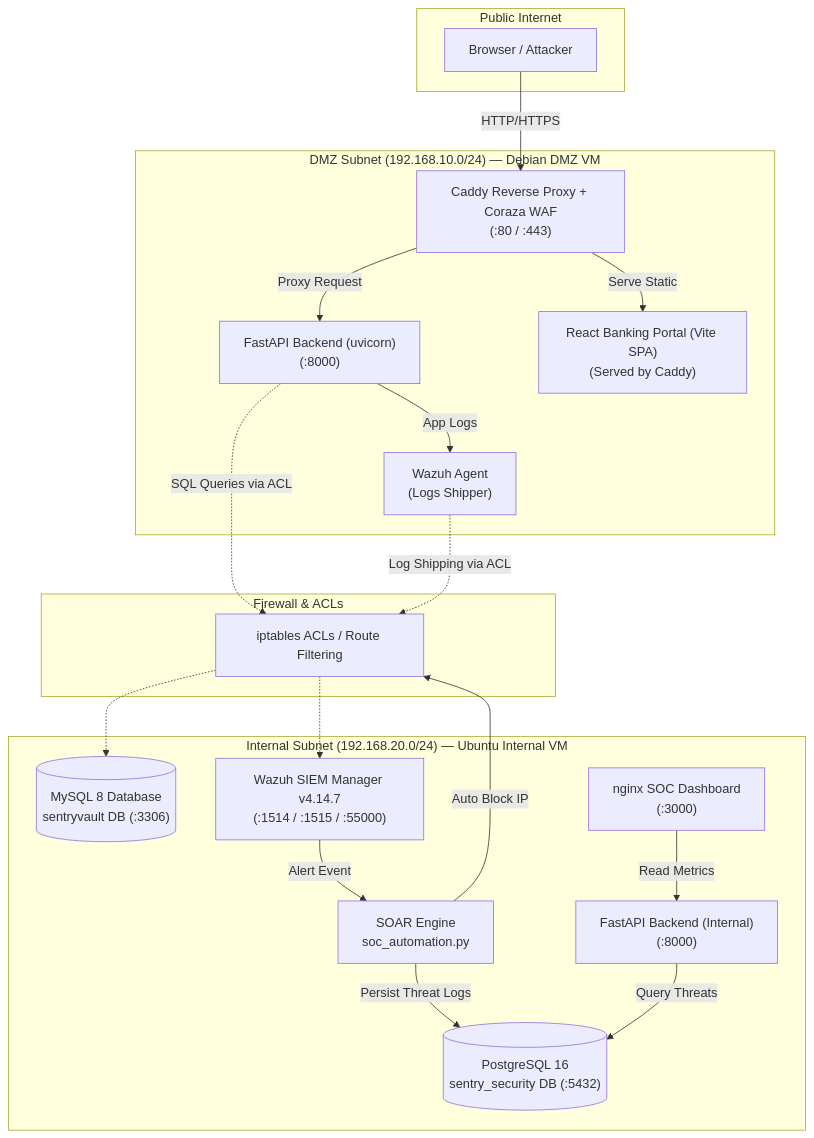
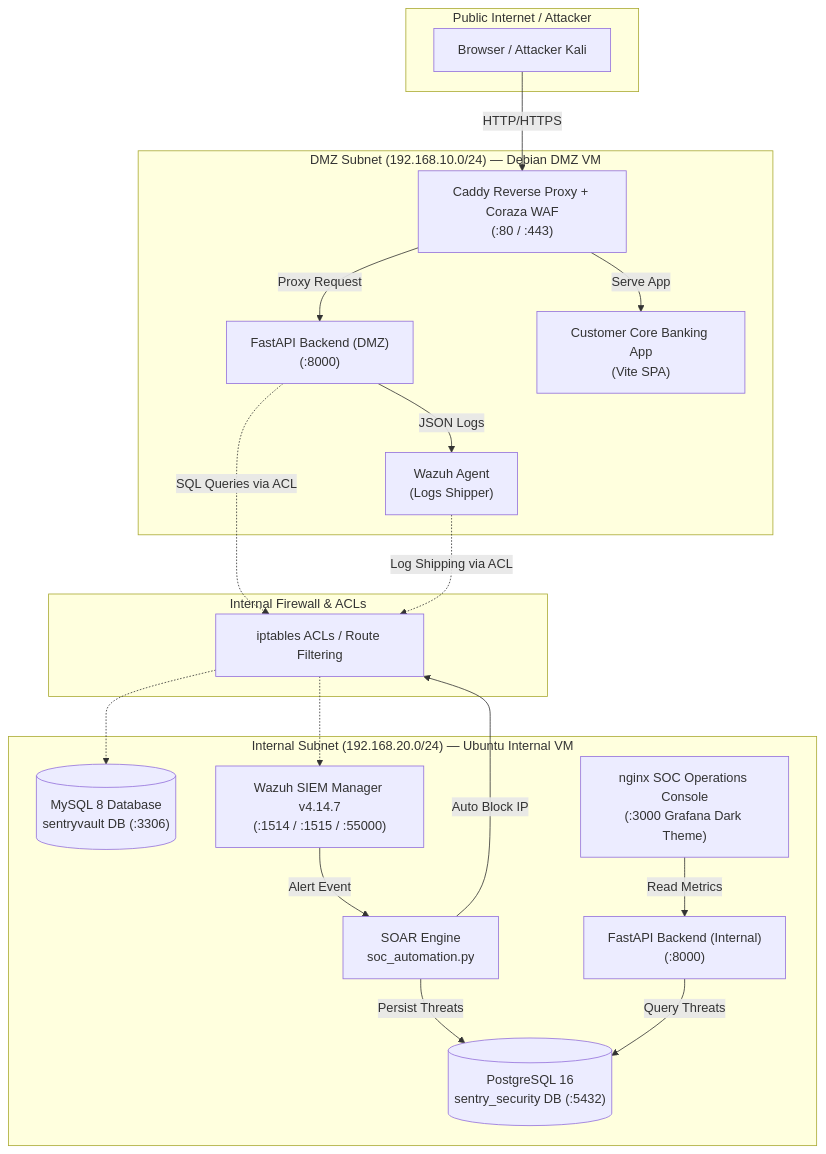
Before and after one commit to abhienix/SentryVault: the diagram in README.md, drawn with Mermaid. The commit also changed other lines of this file, not shown here.

Commit message:
docs: update README with DMZ vs Internal VM topology, Grafana dark SOC console specs, and API reference

````diff
--- a/README.md
+++ b/README.md
@@ -48,40 +48,40 @@
 ```mermaid
 flowchart TD
-    subgraph Internet["Public Internet"]
-        Client["Browser / Attacker"]
+    subgraph Internet["Public Internet / Attacker"]
+        Client["Browser / Attacker Kali"]
     end
 
     subgraph DMZ["DMZ Subnet (192.168.10.0/24) — Debian DMZ VM"]
         Caddy["Caddy Reverse Proxy + Coraza WAF\n(:80 / :443)"]
-        FastAPI_DMZ["FastAPI Backend (uvicorn)\n(:8000)"]
-        React_App["React Banking Portal (Vite SPA)\n(Served by Caddy)"]
+        FastAPI_DMZ["FastAPI Backend (DMZ)\n(:8000)"]
+        React_Bank["Customer Core Banking App\n(Vite SPA)"]
         Wazuh_Agent["Wazuh Agent\n(Logs Shipper)"]
     end
 
-    subgraph Firewall["Firewall & ACLs"]
+    subgraph Firewall["Internal Firewall & ACLs"]
         ACL["iptables ACLs / Route Filtering"]
     end
 
     subgraph Internal["Internal Subnet (192.168.20.0/24) — Ubuntu Internal VM"]
         MySQL[("MySQL 8 Database\nsentryvault DB (:3306)")]
         Wazuh_Mgr["Wazuh SIEM Manager v4.14.7\n(:1514 / :1515 / :55000)"]
         Postgres[("PostgreSQL 16\nsentry_security DB (:5432)")]
         SOAR["SOAR Engine\nsoc_automation.py"]
-        SOC_Dash["nginx SOC Dashboard\n(:3000)"]
+        SOC_Console["nginx SOC Operations Console\n(:3000 Grafana Dark Theme)"]
         FastAPI_Int["FastAPI Backend (Internal)\n(:8000)"]
     end
 
     Client -->|HTTP/HTTPS| Caddy
     Caddy -->|Proxy Request| FastAPI_DMZ
-    Caddy -->|Serve Static| React_App
-    FastAPI_DMZ -->|App Logs| Wazuh_Agent
+    Caddy -->|Serve App| React_Bank
+    FastAPI_DMZ -->|JSON Logs| Wazuh_Agent
 
     FastAPI_DMZ -.->|SQL Queries via ACL| ACL -.-> MySQL
     Wazuh_Agent -.->|Log Shipping via ACL| ACL -.-> Wazuh_Mgr
 
     Wazuh_Mgr -->|Alert Event| SOAR
-    SOAR -->|Persist Threat Logs| Postgres
+    SOAR -->|Persist Threats| Postgres
     SOAR -->|Auto Block IP| ACL
-    SOC_Dash -->|Read Metrics| FastAPI_Int
+    SOC_Console -->|Read Metrics| FastAPI_Int
     FastAPI_Int -->|Query Threats| Postgres
 ```
````
